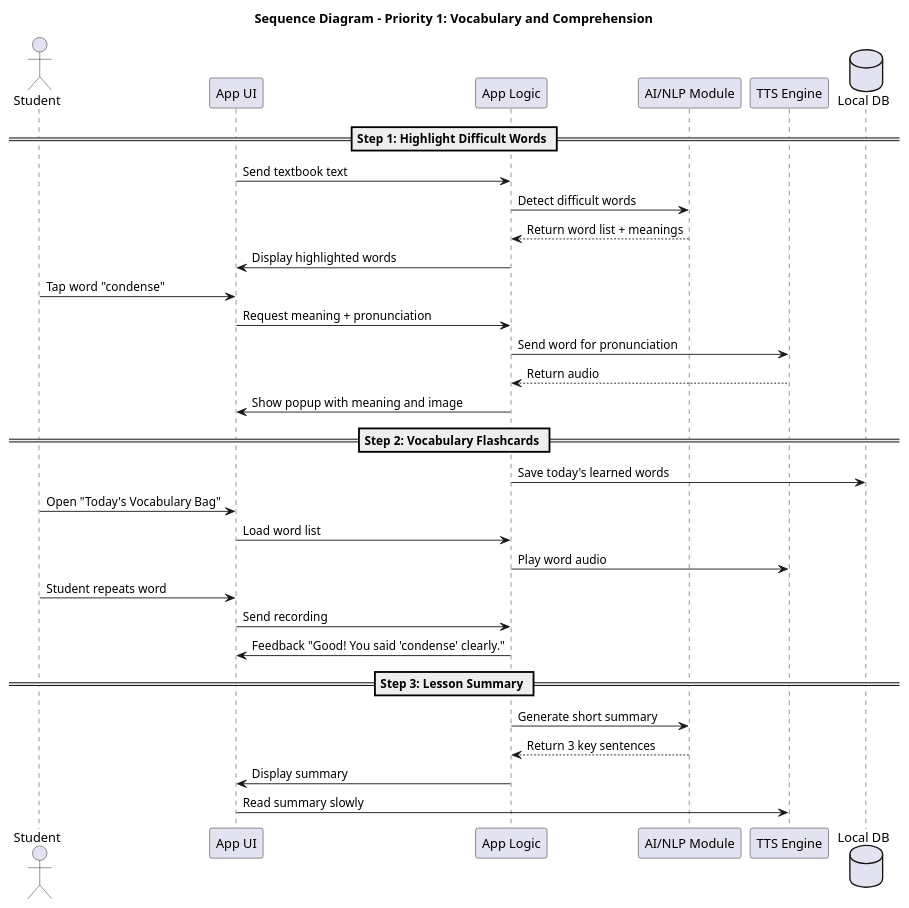
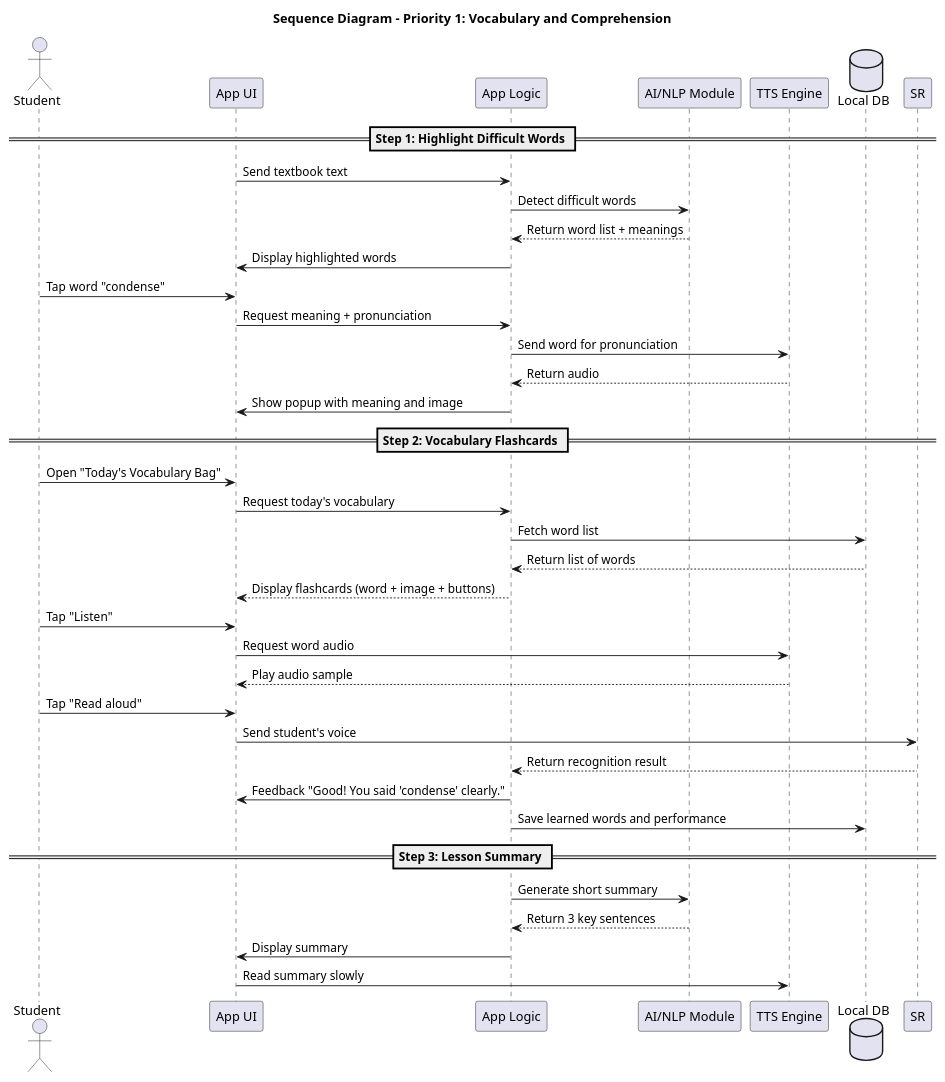
One commit to 23021600-TranGiaKhanh/TTNM_sequence_diagram changed the diagram in sequence_diagram/sequence1_diagram.puml. Above: the diagram before and after it, drawn with PlantUML.

```diff
--- a/sequence_diagram/sequence1_diagram.puml
+++ b/sequence_diagram/sequence1_diagram.puml
@@ -1,37 +1,47 @@
 @startuml VocabularyFlow
 title Sequence Diagram - Priority 1: Vocabulary and Comprehension
 
 actor "Student" as U
 participant "App UI" as UI
 participant "App Logic" as Logic
 participant "AI/NLP Module" as NLP
 participant "TTS Engine" as TTS
 database "Local DB" as DB
 
 == Step 1: Highlight Difficult Words ==
 UI -> Logic: Send textbook text
 Logic -> NLP: Detect difficult words
 NLP --> Logic: Return word list + meanings
 Logic -> UI: Display highlighted words
 U -> UI: Tap word "condense"
 UI -> Logic: Request meaning + pronunciation
 Logic -> TTS: Send word for pronunciation
 TTS --> Logic: Return audio
 Logic -> UI: Show popup with meaning and image
 
 == Step 2: Vocabulary Flashcards ==
-Logic -> DB: Save today's learned words
+
 U -> UI: Open "Today's Vocabulary Bag"
-UI -> Logic: Load word list
-Logic -> TTS: Play word audio
-U -> UI: Student repeats word
-UI -> Logic: Send recording
+UI -> Logic: Request today's vocabulary
+Logic -> DB: Fetch word list
+DB --> Logic: Return list of words
+Logic --> UI: Display flashcards (word + image + buttons)
+
+U -> UI: Tap "Listen"
+UI -> TTS: Request word audio
+TTS --> UI: Play audio sample
+
+U -> UI: Tap "Read aloud"
+UI -> SR: Send student's voice
+SR --> Logic: Return recognition result
 Logic -> UI: Feedback "Good! You said 'condense' clearly."
+
+Logic -> DB: Save learned words and performance
 
 == Step 3: Lesson Summary ==
 Logic -> NLP: Generate short summary
 NLP --> Logic: Return 3 key sentences
 Logic -> UI: Display summary
 UI -> TTS: Read summary slowly
 
 @enduml
```
